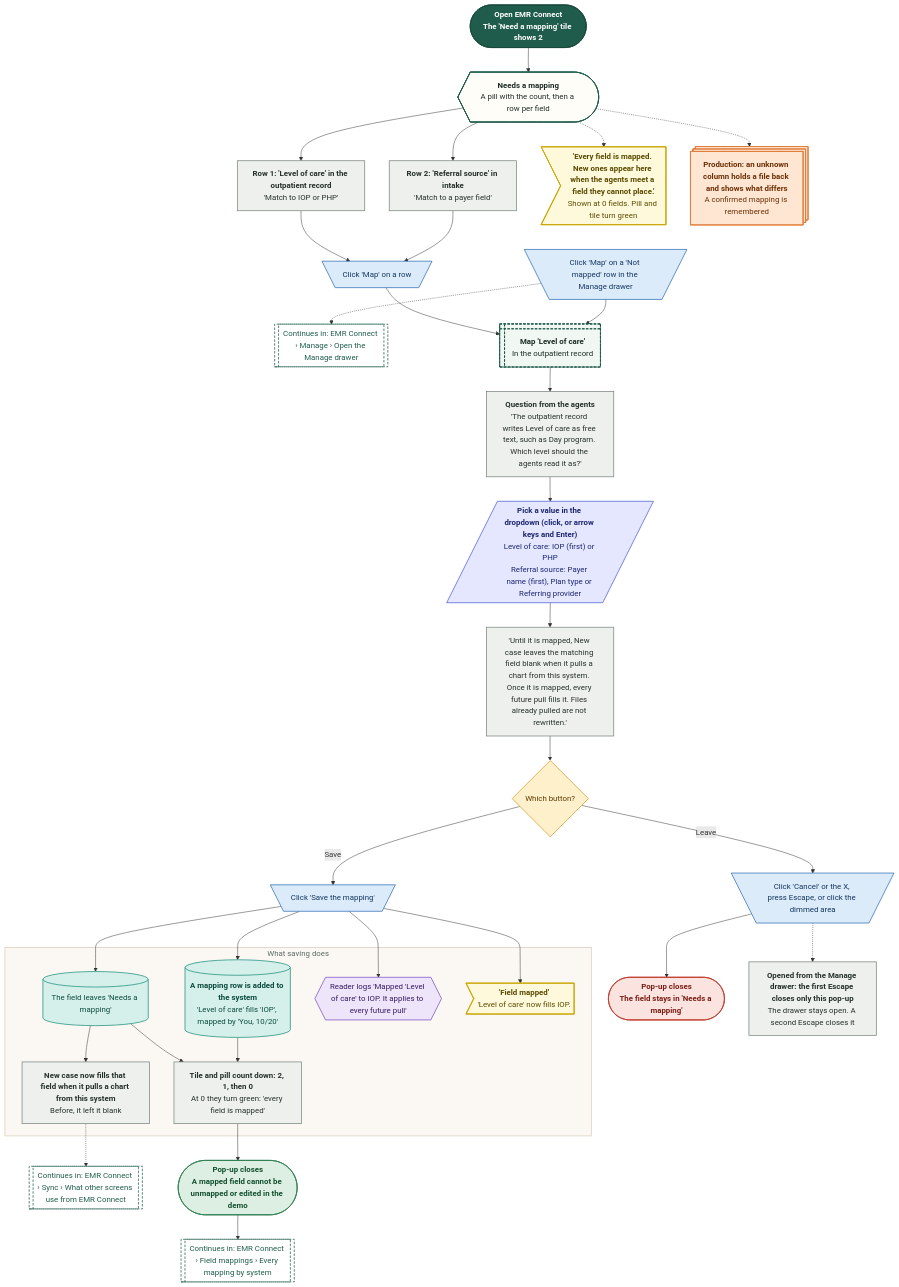
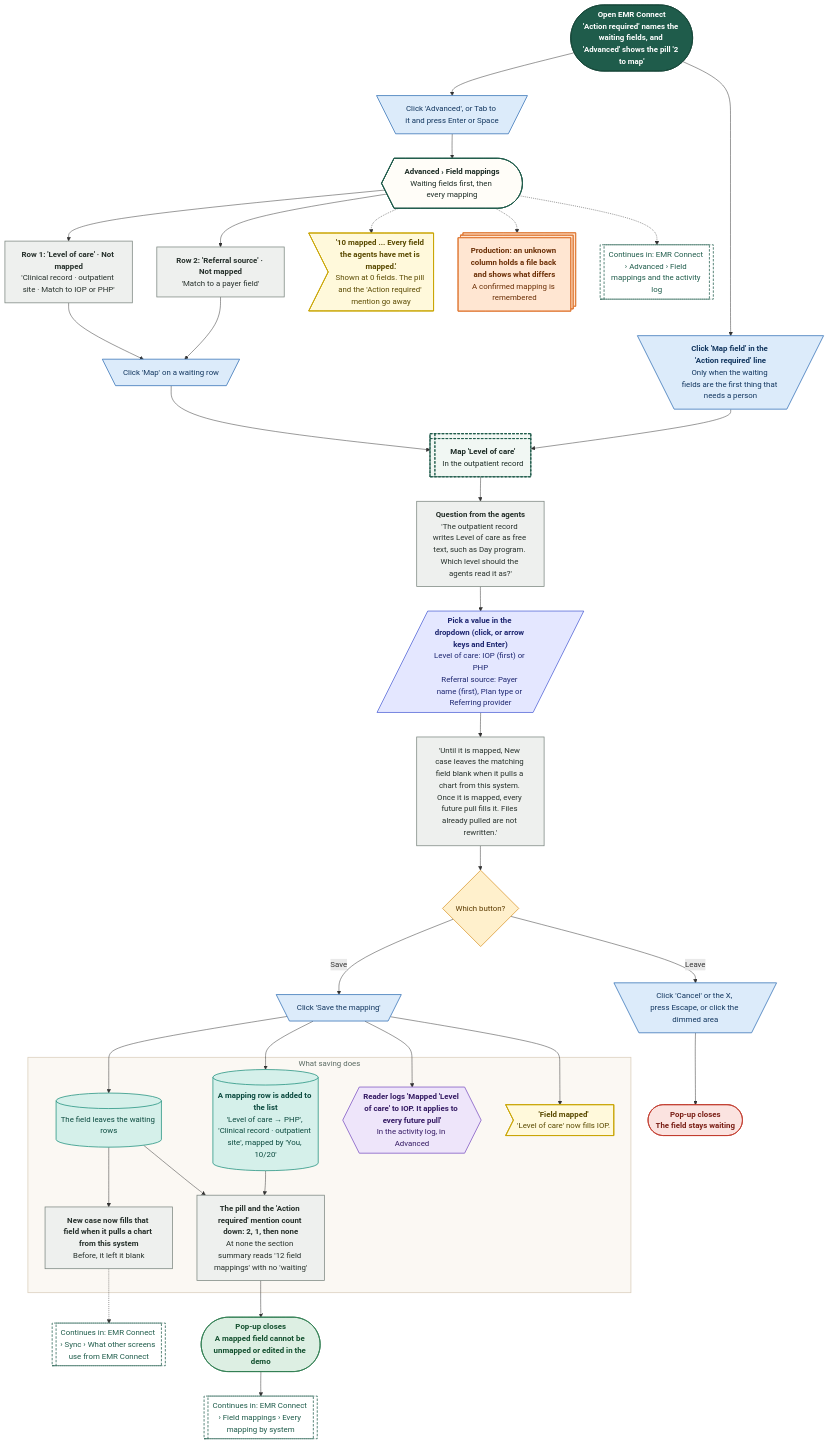
Before and after one commit to Shrav143/psyfloapp: diagram 13 of 20 in demos/prior-auth-demo/workflows/out/md/09-emr-connect.md, drawn with Mermaid. The commit also changed other lines of this file and 192 other files, not shown here.

First line of the commit message:
docs: changelog by sidebar tab; README, diagrams and Settings layout aligned with the refinement; shared InfoTip; referral cost-share line

```diff
--- a/demos/prior-auth-demo/workflows/out/md/09-emr-connect.md
+++ b/demos/prior-auth-demo/workflows/out/md/09-emr-connect.md
@@ -855,14 +1002,14 @@
   classDef k_wait fill:#E4E8EE,stroke:#6B7C93,color:#26303D,stroke-width:1.5px
   classDef k_toast fill:#FFF9DB,stroke:#C9A400,color:#5A4A00,stroke-width:1.5px
   classDef k_goto fill:#FFFFFF,stroke:#1F5C4B,color:#1F5C4B,stroke-width:1.5px,stroke-dasharray:5 3
-  s1@{ shape: stadium, label: "<b>Open EMR Connect</b><br/>The 'Need a mapping' tile shows 2" }
-  c1@{ shape: curv-trap, label: "<b>Needs a mapping</b><br/>A pill with the count, then a row per field" }
-  r1@{ shape: rect, label: "<b>Row 1: 'Level of care' in the outpatient record</b><br/>'Match to IOP or PHP'" }
-  r2@{ shape: rect, label: "<b>Row 2: 'Referral source' in intake</b><br/>'Match to a payer field'" }
-  em@{ shape: odd, label: "<b>'Every field is mapped. New ones appear here when the agents meet a field they cannot place.'</b><br/>Shown at 0 fields. Pill and tile turn green" }
-  b1@{ shape: trap-t, label: "Click 'Map' on a row" }
-  b2@{ shape: trap-t, label: "Click 'Map' on a 'Not mapped' row in the Manage drawer" }
-  g0@{ shape: subproc, label: "Continues in: EMR Connect › Manage › Open the Manage drawer" }
+  s1@{ shape: stadium, label: "<b>Open EMR Connect</b><br/>'Action required' names the waiting fields, and 'Advanced' shows the pill '2 to map'" }
+  c1@{ shape: curv-trap, label: "<b>Advanced › Field mappings</b><br/>Waiting fields first, then every mapping" }
+  r1@{ shape: rect, label: "<b>Row 1: 'Level of care' · Not mapped</b><br/>'Clinical record · outpatient site · Match to IOP or PHP'" }
+  r2@{ shape: rect, label: "<b>Row 2: 'Referral source' · Not mapped</b><br/>'Match to a payer field'" }
+  em@{ shape: odd, label: "<b>'10 mapped ... Every field the agents have met is mapped.'</b><br/>Shown at 0 fields. The pill and the 'Action required' mention go away" }
+  b0@{ shape: trap-t, label: "Click 'Advanced', or Tab to it and press Enter or Space" }
+  b1@{ shape: trap-t, label: "Click 'Map' on a waiting row" }
+  b2@{ shape: trap-t, label: "<b>Click 'Map field' in the 'Action required' line</b><br/>Only when the waiting fields are the first thing that needs a person" }
   o1@{ shape: win-pane, label: "<b>Map 'Level of care'</b><br/>In the outpatient record" }
   q1@{ shape: rect, label: "<b>Question from the agents</b><br/>'The outpatient record writes Level of care as free text, such as Day program. Which level should the agents read it as?'" }
   i1@{ shape: lean-r, label: "<b>Pick a value in the dropdown (click, or arrow keys and Enter)</b><br/>Level of care: IOP (first) or PHP<br/>Referral source: Payer name (first), Plan type or Referring provider" }
@@ -870,33 +1017,32 @@
   d1@{ shape: diam, label: "Which button?" }
   k1@{ shape: trap-t, label: "Click 'Save the mapping'" }
   k2@{ shape: trap-t, label: "Click 'Cancel' or the X, press Escape, or click the dimmed area" }
-  x1@{ shape: stadium, label: "<b>Pop-up closes</b><br/>The field stays in 'Needs a mapping'" }
-  q9@{ shape: rect, label: "<b>Opened from the Manage drawer: the first Escape closes only this pop-up</b><br/>The drawer stays open. A second Escape closes it" }
+  x1@{ shape: stadium, label: "<b>Pop-up closes</b><br/>The field stays waiting" }
   subgraph gSave ["What saving does"]
-  s2@{ shape: cyl, label: "The field leaves 'Needs a mapping'" }
-  s3@{ shape: cyl, label: "<b>A mapping row is added to the system</b><br/>'Level of care' fills 'IOP', mapped by 'You, 10/20'" }
-  a1@{ shape: hex, label: "Reader logs 'Mapped 'Level of care' to IOP. It applies to every future pull'" }
+  s2@{ shape: cyl, label: "The field leaves the waiting rows" }
+  s3@{ shape: cyl, label: "<b>A mapping row is added to the list</b><br/>'Level of care → PHP', 'Clinical record · outpatient site', mapped by 'You, 10/20'" }
+  a1@{ shape: hex, label: "<b>Reader logs 'Mapped 'Level of care' to IOP. It applies to every future pull'</b><br/>In the activity log, in Advanced" }
   t1@{ shape: odd, label: "<b>'Field mapped'</b><br/>'Level of care' now fills IOP." }
-  p1@{ shape: rect, label: "<b>Tile and pill count down: 2, 1, then 0</b><br/>At 0 they turn green: 'every field is mapped'" }
+  p1@{ shape: rect, label: "<b>The pill and the 'Action required' mention count down: 2, 1, then none</b><br/>At none the section summary reads '12 field mappings' with no 'waiting'" }
   p2@{ shape: rect, label: "<b>New case now fills that field when it pulls a chart from this system</b><br/>Before, it left it blank" }
   end
   g2@{ shape: subproc, label: "Continues in: EMR Connect › Sync › What other screens use from EMR Connect" }
   e1@{ shape: stadium, label: "<b>Pop-up closes</b><br/>A mapped field cannot be unmapped or edited in the demo" }
   x2@{ shape: st-rect, label: "<b>Production: an unknown column holds a file back and shows what differs</b><br/>A confirmed mapping is remembered" }
   g1@{ shape: subproc, label: "Continues in: EMR Connect › Field mappings › Every mapping by system" }
-  s1 --> c1
+  g3@{ shape: subproc, label: "Continues in: EMR Connect › Advanced › Field mappings and the activity log" }
+  s1 --> b2 & b0
+  b0 --> c1
   c1 --> r1 & r2
   c1 -.-> em
   r1 --> b1
   r2 --> b1
   b1 --> o1
   b2 --> o1
-  b2 -.-> g0
   o1 --> q1 --> i1 --> n1 --> d1
   d1 -->|"Save"| k1
   d1 -->|"Leave"| k2
   k2 --> x1
-  k2 -.-> q9
   k1 --> s2 & s3 & a1 & t1
   s2 --> p1
   s2 --> p2
@@ -904,19 +1050,20 @@
   p1 --> e1
   p2 -.-> g2
   e1 --> g1
+  c1 -.-> g3
   c1 -.-> x2
   class s1 k_start
   class c1 k_screen
-  class r1,r2,q1,n1,q9,p1,p2 k_process
+  class r1,r2,q1,n1,p1,p2 k_process
   class em,t1 k_toast
-  class b1,b2,k1,k2 k_click
-  class g0,g2,g1 k_goto
+  class b0,b1,b2,k1,k2 k_click
   class o1 k_overlay
   class i1 k_input
   class d1 k_decision
   class x1 k_endx
   class s2,s3 k_store
   class a1 k_agent
+  class g2,g1,g3 k_goto
   class e1 k_end
   class x2 k_ext
   style gSave fill:#FBF8F3,stroke:#D9CDBB,stroke-width:1.5px,color:#5B6B63
```
